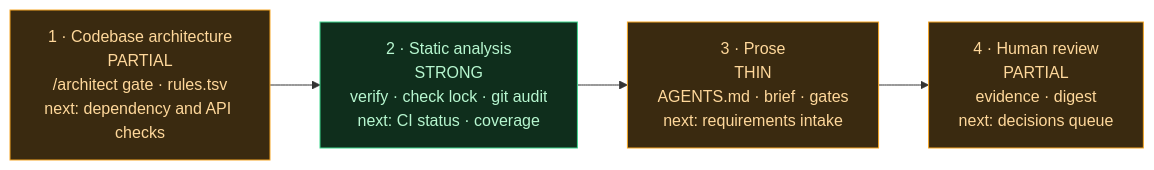
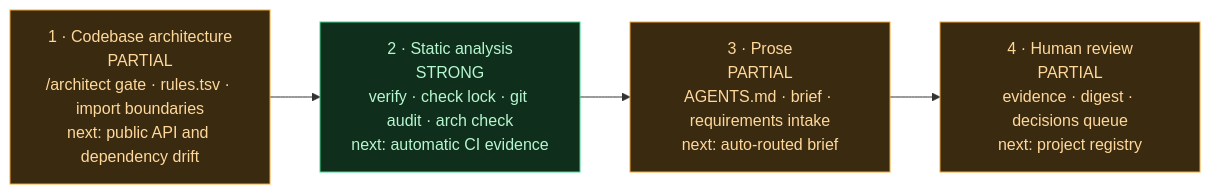
The diagram in docs/diagrams/pyramid.mmd (shivam2014/ratchet), drawn with Mermaid before and after one commit. The commit also changed 6 other files, not shown here.

Commit message:
docs: refresh the status diagrams and test count

```diff
--- a/docs/diagrams/pyramid.mmd
+++ b/docs/diagrams/pyramid.mmd
@@ -1,13 +1,13 @@
 %% title: The inverse pyramid, current state
-%% last_verified: 2026-10-30
-%% review_due: 2027-01-30
+%% last_verified: 2026-10-31
+%% review_due: 2027-01-31
 flowchart LR
-  L1["1 · Codebase architecture<br/>PARTIAL<br/>/architect gate · rules.tsv<br/>next: dependency and API checks"]
-  L2["2 · Static analysis<br/>STRONG<br/>verify · check lock · git audit<br/>next: CI status · coverage"]
-  L3["3 · Prose<br/>THIN<br/>AGENTS.md · brief · gates<br/>next: requirements intake"]
-  L4["4 · Human review<br/>PARTIAL<br/>evidence · digest<br/>next: decisions queue"]
+  L1["1 · Codebase architecture<br/>PARTIAL<br/>/architect gate · rules.tsv · import boundaries<br/>next: public API and dependency drift"]
+  L2["2 · Static analysis<br/>STRONG<br/>verify · check lock · git audit · arch check<br/>next: automatic CI evidence"]
+  L3["3 · Prose<br/>PARTIAL<br/>AGENTS.md · brief · requirements intake<br/>next: auto-routed brief"]
+  L4["4 · Human review<br/>PARTIAL<br/>evidence · digest · decisions queue<br/>next: project registry"]
   L1 --> L2 --> L3 --> L4
   classDef strong fill:#0f2e1c,stroke:#3dd68c,color:#b7f7d0
   classDef partial fill:#3a2a10,stroke:#f5a524,color:#ffd89b
   class L2 strong
   class L1,L3,L4 partial
```
